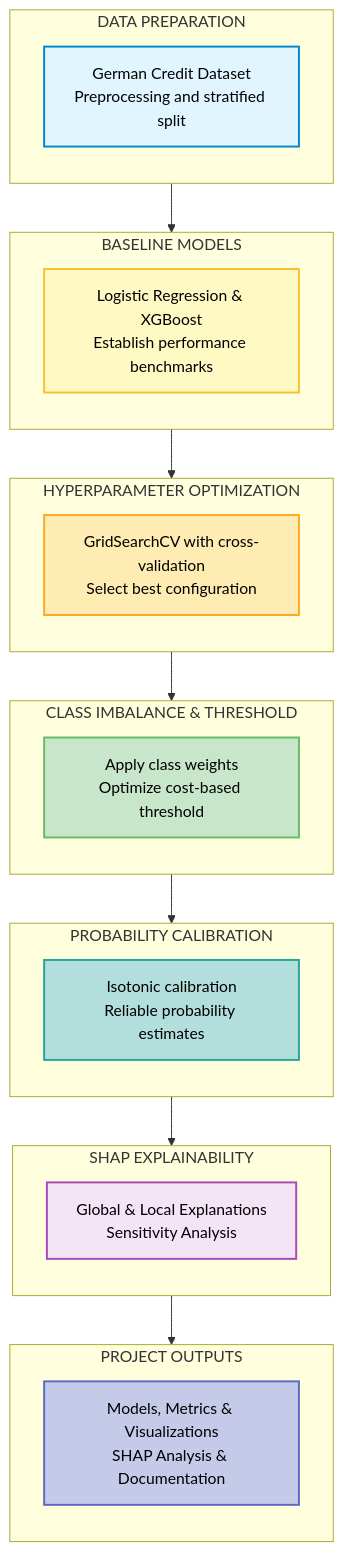
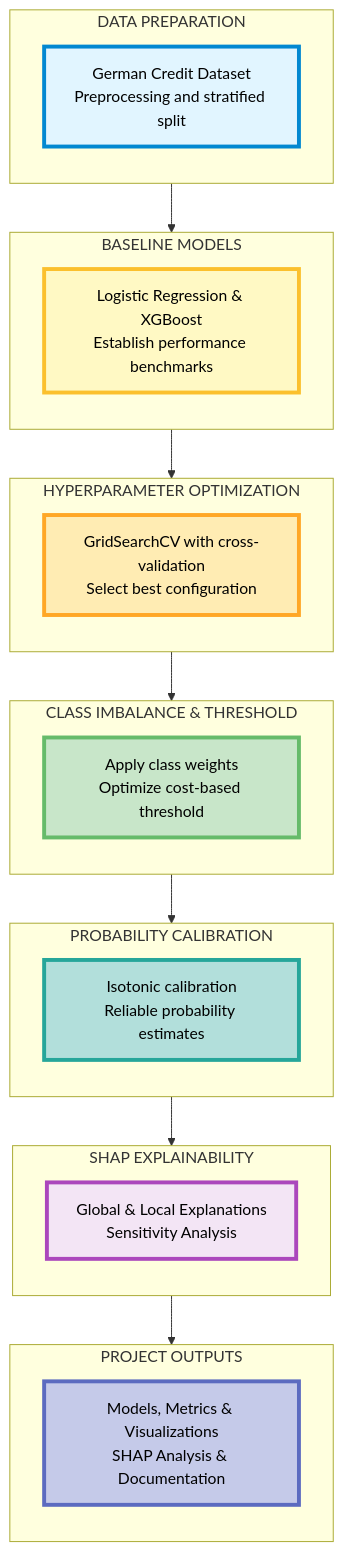
Before and after one commit to aneeshfelicity/DS-Capstone: the diagram in README.md, drawn with Mermaid.

Commit message:
Increase stroke-width for class styles in READMEtest size
Updated stroke-width for various class styles in the diagram.

````diff
--- a/README.md
+++ b/README.md
@@ -182,60 +182,60 @@
 ```mermaid
 flowchart TB
     subgraph data[" DATA PREPARATION "]
         direction TB
         A1[German Credit Dataset<br/>Preprocessing and stratified split]
     end
     
     subgraph baseline[" BASELINE MODELS "]
         direction TB
         B1[Logistic Regression & XGBoost<br/>Establish performance benchmarks]
     end
     
     subgraph tuning[" HYPERPARAMETER OPTIMIZATION "]
         direction TB
         C1[GridSearchCV with cross-validation<br/>Select best configuration]
     end
     
     subgraph balance[" CLASS IMBALANCE & THRESHOLD "]
         direction TB
         D1[Apply class weights<br/>Optimize cost-based threshold]
     end
     
     subgraph calibration[" PROBABILITY CALIBRATION "]
         direction TB
         E1[Isotonic calibration<br/>Reliable probability estimates]
     end
     
     subgraph shap[" SHAP EXPLAINABILITY "]
         direction TB
         F1[Global & Local Explanations<br/>Sensitivity Analysis]
     end
     
     subgraph outputs[" PROJECT OUTPUTS "]
         direction TB
         G1[Models, Metrics & Visualizations<br/>SHAP Analysis & Documentation]
     end
     
     data --> baseline
     baseline --> tuning
     tuning --> balance
     balance --> calibration
     calibration --> shap
     shap --> outputs
     
-    classDef dataStyle fill:#e1f5ff,stroke:#0288d1,stroke-width:2px,color:#000
-    classDef baselineStyle fill:#fff9c4,stroke:#fbc02d,stroke-width:2px,color:#000
-    classDef tuningStyle fill:#ffecb3,stroke:#ffa726,stroke-width:2px,color:#000
-    classDef balanceStyle fill:#c8e6c9,stroke:#66bb6a,stroke-width:2px,color:#000
-    classDef calibrationStyle fill:#b2dfdb,stroke:#26a69a,stroke-width:2px,color:#000
-    classDef shapStyle fill:#f3e5f5,stroke:#ab47bc,stroke-width:2px,color:#000
-    classDef outputStyle fill:#c5cae9,stroke:#5c6bc0,stroke-width:2px,color:#000
+    classDef dataStyle fill:#e1f5ff,stroke:#0288d1,stroke-width:4px,color:#000
+    classDef baselineStyle fill:#fff9c4,stroke:#fbc02d,stroke-width:4px,color:#000
+    classDef tuningStyle fill:#ffecb3,stroke:#ffa726,stroke-width:4px,color:#000
+    classDef balanceStyle fill:#c8e6c9,stroke:#66bb6a,stroke-width:4px,color:#000
+    classDef calibrationStyle fill:#b2dfdb,stroke:#26a69a,stroke-width:4px,color:#000
+    classDef shapStyle fill:#f3e5f5,stroke:#ab47bc,stroke-width:4px,color:#000
+    classDef outputStyle fill:#c5cae9,stroke:#5c6bc0,stroke-width:4px,color:#000
     
     class A1 dataStyle
     class B1 baselineStyle
     class C1 tuningStyle
     class D1 balanceStyle
     class E1 calibrationStyle
     class F1 shapStyle
     class G1 outputStyle
 ```
````
